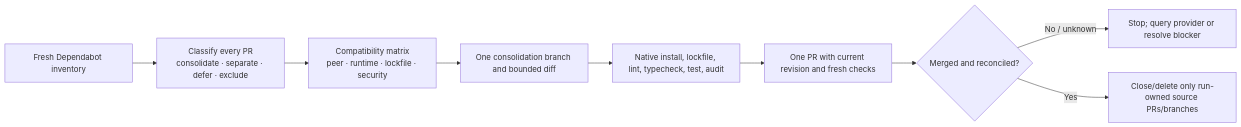
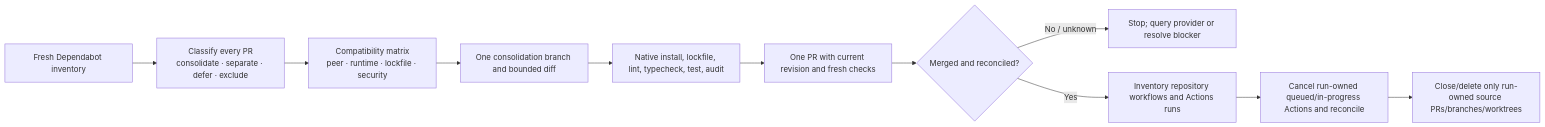
One commit to stephen-taipei/better-workflows changed the second of 2 diagrams in README.md. Above: the diagram before and after it, drawn with Mermaid. The commit also changed other lines of this file and 6 other files, not shown here.

````diff
--- a/README.md
+++ b/README.md
@@ -228,11 +228,13 @@
 ```mermaid
 flowchart LR
   A["Fresh Dependabot inventory"] --> B["Classify every PR\nconsolidate · separate · defer · exclude"]
   B --> C["Compatibility matrix\npeer · runtime · lockfile · security"]
   C --> D["One consolidation branch and bounded diff"]
   D --> E["Native install, lockfile, lint, typecheck, test, audit"]
   E --> F["One PR with current revision and fresh checks"]
   F --> G{"Merged and reconciled?"}
   G -- "No / unknown" --> H["Stop; query provider or resolve blocker"]
-  G -- "Yes" --> I["Close/delete only run-owned source PRs/branches"]
+  G -- "Yes" --> J["Inventory repository workflows and Actions runs"]
+  J --> K["Cancel run-owned queued/in-progress Actions and reconcile"]
+  K --> I["Close/delete only run-owned source PRs/branches/worktrees"]
 ```
````
